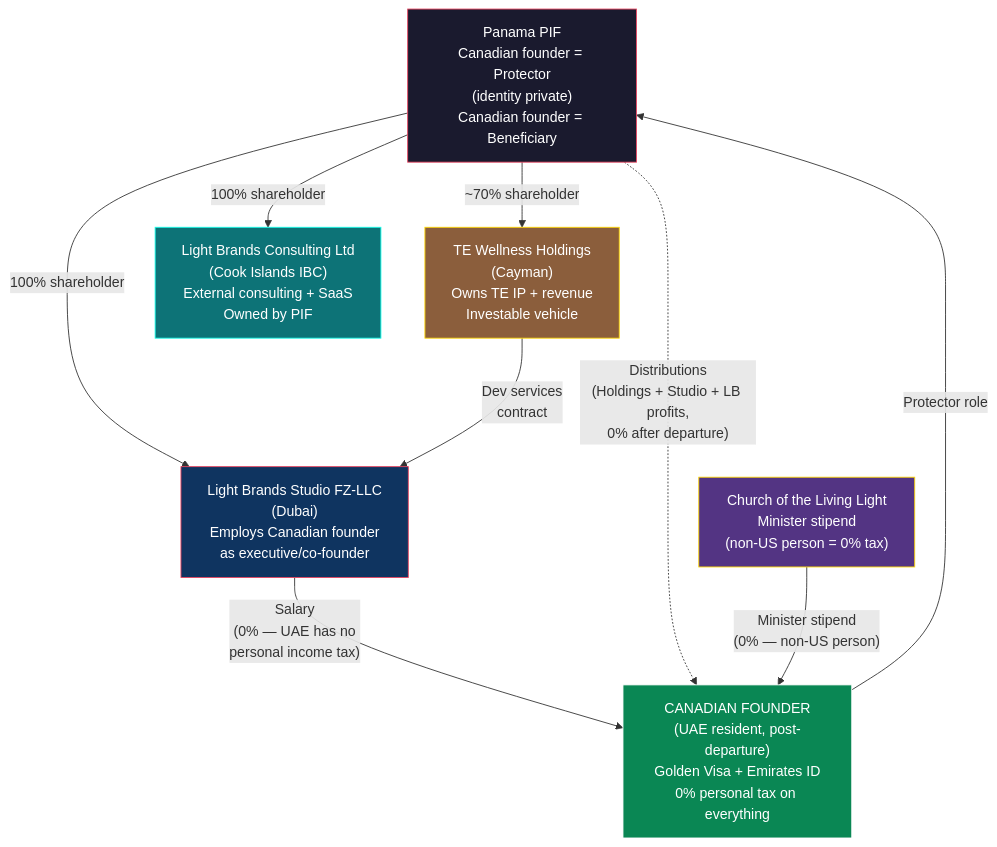
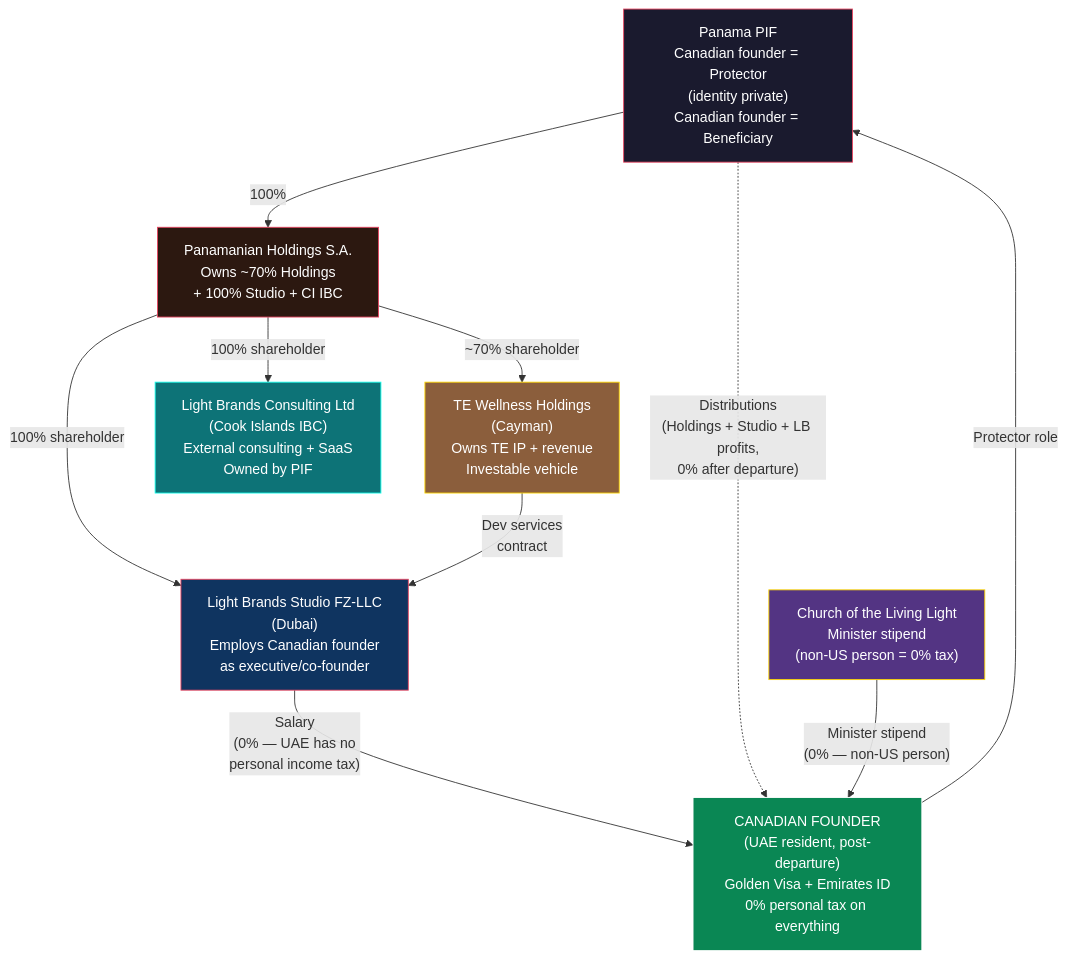
The diagram in docs/tax-structure/04-FOUNDER-GUIDE-CANADA.md (Light-Brands/epic-center), drawn with Mermaid before and after one commit. The commit also changed other lines of this file and 9 other files, not shown here.

First line of the commit message:
Insert Panamanian Holdings S.A. between PIF and operating entities

````diff
--- a/docs/tax-structure/04-FOUNDER-GUIDE-CANADA.md
+++ b/docs/tax-structure/04-FOUNDER-GUIDE-CANADA.md
@@ -18,30 +18,34 @@
 ```mermaid
 graph TB
     PIF["Panama PIF<br/>Canadian founder = Protector<br/>(identity private)<br/>Canadian founder = Beneficiary"]
+
+    SA["Panamanian Holdings S.A.<br/>Owns ~70% Holdings<br/>+ 100% Studio + CI IBC"]
 
     HOLDINGS["TE Wellness Holdings<br/>(Cayman)<br/>Owns TE IP + revenue<br/>Investable vehicle"]
 
     UAE["Light Brands Studio FZ-LLC<br/>(Dubai)<br/>Employs Canadian founder<br/>as executive/co-founder"]
 
     CI["Light Brands Consulting Ltd<br/>(Cook Islands IBC)<br/>External consulting + SaaS<br/>Owned by PIF"]
 
     CHURCH["Church of the Living Light<br/>Minister stipend<br/>(non-US person = 0% tax)"]
 
     CA["CANADIAN FOUNDER<br/>(UAE resident, post-departure)<br/>Golden Visa + Emirates ID<br/>0% personal tax on everything"]
 
-    PIF -->|"~70% shareholder"| HOLDINGS
-    PIF -->|"100% shareholder"| UAE
-    PIF -->|"100% shareholder"| CI
+    PIF -->|"100%"| SA
+    SA -->|"~70% shareholder"| HOLDINGS
+    SA -->|"100% shareholder"| UAE
+    SA -->|"100% shareholder"| CI
     HOLDINGS -->|"Dev services<br/>contract"| UAE
     UAE -->|"Salary<br/>(0% — UAE has no<br/>personal income tax)"| CA
     PIF -.->|"Distributions<br/>(Holdings + Studio + LB profits,<br/>0% after departure)"| CA
     CHURCH -->|"Minister stipend<br/>(0% — non-US person)"| CA
     CA -->|"Protector role"| PIF
 
     style PIF fill:#1a1a2e,stroke:#e94560,color:#fff
+    style SA fill:#2c1810,stroke:#e94560,color:#fff
     style HOLDINGS fill:#8b5e3c,stroke:#ffd700,color:#fff
     style UAE fill:#0f3460,stroke:#e94560,color:#fff
     style CI fill:#0d7377,stroke:#14ffec,color:#fff
     style CHURCH fill:#533483,stroke:#ffd700,color:#fff
     style CA fill:#0a8754,stroke:#fff,color:#fff
 ```
````
